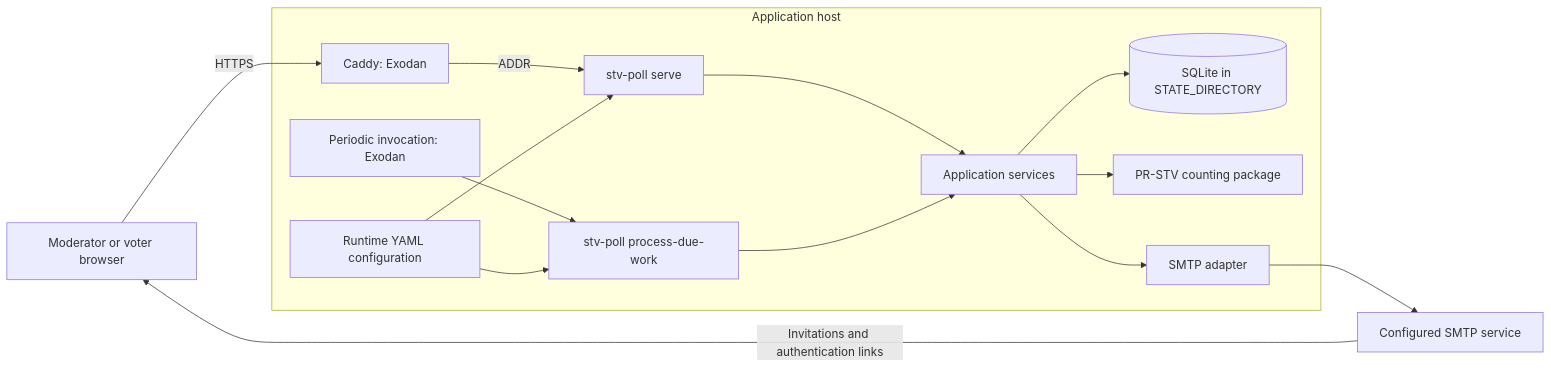
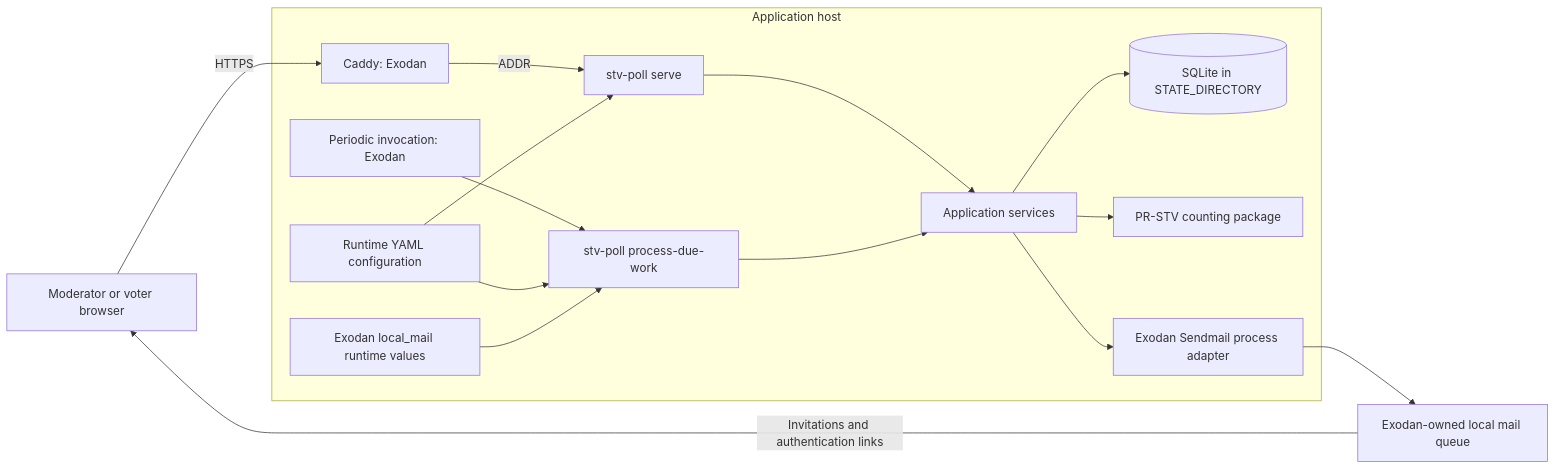
The diagram in docs/ARCHITECTURE.md (tigger-developer/Instant-Runoff-Polls-PR-STV-), drawn with Mermaid before and after one commit. The commit also changed other lines of this file and 29 other files, not shown here.

Commit message:
feat: adopt Exodan mail and domain banner

````diff
--- a/docs/ARCHITECTURE.md
+++ b/docs/ARCHITECTURE.md
@@ -88,17 +88,18 @@
 ```mermaid
 flowchart LR
     browser[Moderator or voter browser] -->|HTTPS| caddy[Caddy: Exodan]
     subgraph apphost[Application host]
         caddy -->|ADDR| serve[stv-poll serve]
         timer[Periodic invocation: Exodan] --> sweep[stv-poll process-due-work]
         serve --> services[Application services]
         sweep --> services
         services --> db[(SQLite in STATE_DIRECTORY)]
         services --> count[PR-STV counting package]
-        services --> mail[SMTP adapter]
+        services --> mail[Exodan Sendmail process adapter]
         config[Runtime YAML configuration] --> serve
         config --> sweep
+        mailenv[Exodan local_mail runtime values] --> sweep
     end
-    mail --> smtp[Configured SMTP service]
-    smtp -->|Invitations and authentication links| browser
+    mail --> queue[Exodan-owned local mail queue]
+    queue -->|Invitations and authentication links| browser
 ```
````
